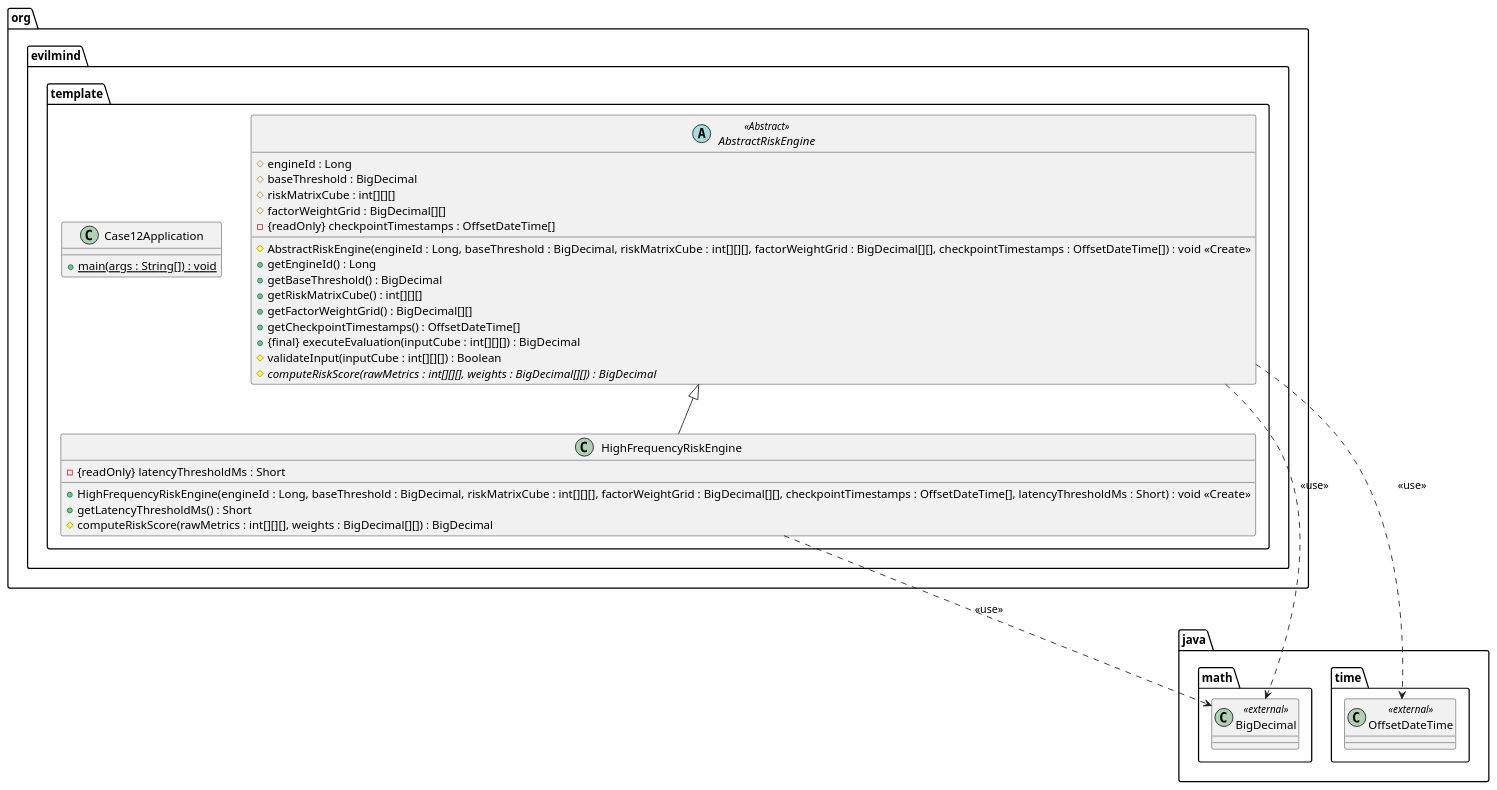
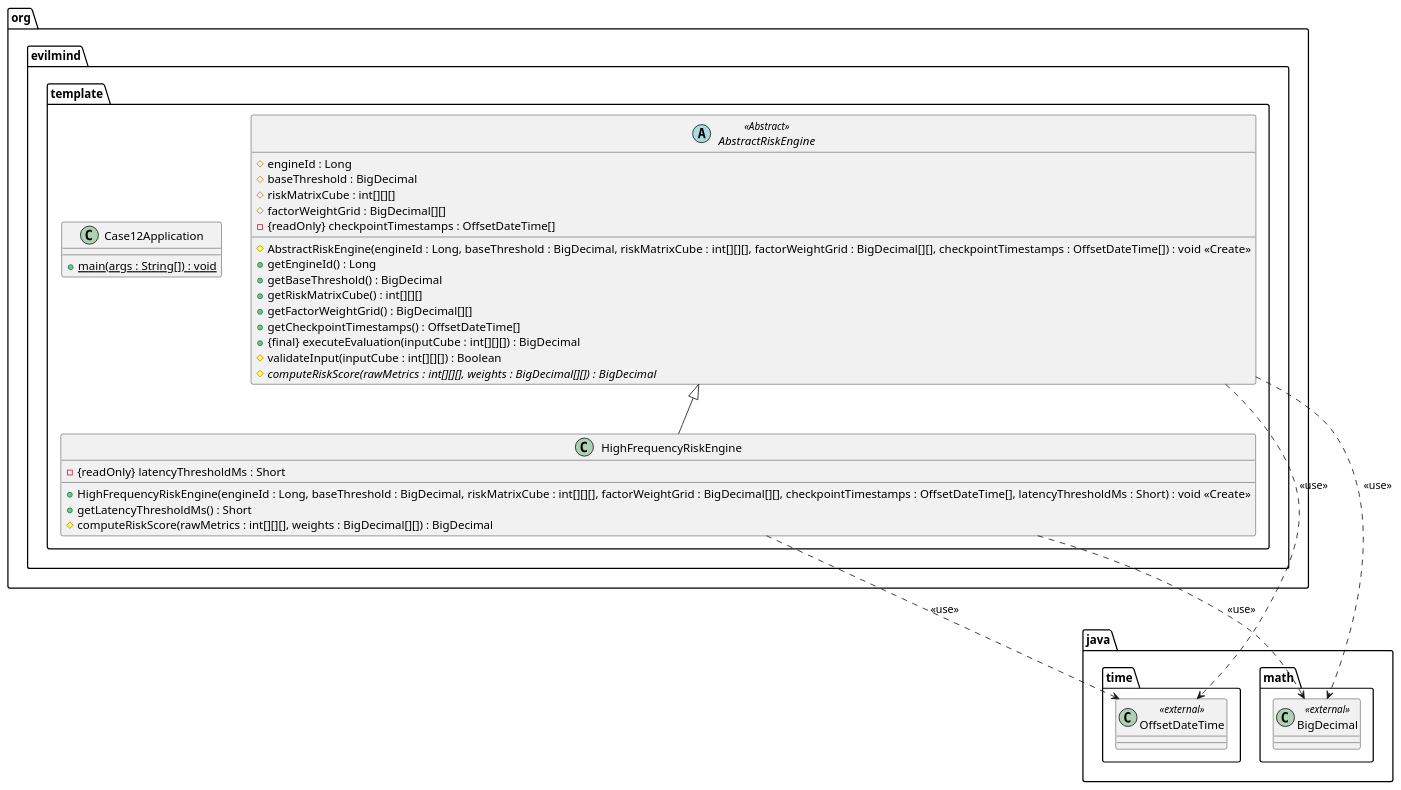
One commit to Pololo06/ProyectParser changed the diagram in casos-generador/caso_12/src/clases.puml. Above: the diagram before and after it, drawn with PlantUML. The commit also changed 21 other files, not shown here.

```diff
--- a/casos-generador/caso_12/src/clases.puml
+++ b/casos-generador/caso_12/src/clases.puml
@@ -1,47 +1,48 @@
 @startuml
 
 package java.time {
     class OffsetDateTime <<external>> {
     }
 }
 
 package org.evilmind.template {
     class HighFrequencyRiskEngine {
     -  {readOnly} latencyThresholdMs : Short
     +  HighFrequencyRiskEngine(engineId : Long, baseThreshold : BigDecimal, riskMatrixCube : int[][][], factorWeightGrid : BigDecimal[][], checkpointTimestamps : OffsetDateTime[], latencyThresholdMs : Short) : void <<Create>>
     +  getLatencyThresholdMs() : Short
     #  computeRiskScore(rawMetrics : int[][][], weights : BigDecimal[][]) : BigDecimal
     }
     abstract class AbstractRiskEngine <<Abstract>> {
     #  engineId : Long
     #  baseThreshold : BigDecimal
     #  riskMatrixCube : int[][][]
     #  factorWeightGrid : BigDecimal[][]
     -  {readOnly} checkpointTimestamps : OffsetDateTime[]
     #  AbstractRiskEngine(engineId : Long, baseThreshold : BigDecimal, riskMatrixCube : int[][][], factorWeightGrid : BigDecimal[][], checkpointTimestamps : OffsetDateTime[]) : void <<Create>>
     +  getEngineId() : Long
     +  getBaseThreshold() : BigDecimal
     +  getRiskMatrixCube() : int[][][]
     +  getFactorWeightGrid() : BigDecimal[][]
     +  getCheckpointTimestamps() : OffsetDateTime[]
     +  {final} executeEvaluation(inputCube : int[][][]) : BigDecimal
     #  validateInput(inputCube : int[][][]) : Boolean
     #  {abstract} computeRiskScore(rawMetrics : int[][][], weights : BigDecimal[][]) : BigDecimal
     }
     class Case12Application {
     +  {static} main(args : String[]) : void
     }
 }
 
 package java.math {
     class BigDecimal <<external>> {
     }
 }
 
 ' --- Grafo de relaciones ---
 org.evilmind.template.AbstractRiskEngine <|-- org.evilmind.template.HighFrequencyRiskEngine
 org.evilmind.template.AbstractRiskEngine ..> java.math.BigDecimal : <<use>>
 org.evilmind.template.HighFrequencyRiskEngine ..> java.math.BigDecimal : <<use>>
 org.evilmind.template.AbstractRiskEngine ..> java.time.OffsetDateTime : <<use>>
+org.evilmind.template.HighFrequencyRiskEngine ..> java.time.OffsetDateTime : <<use>>
 
 @enduml
```
